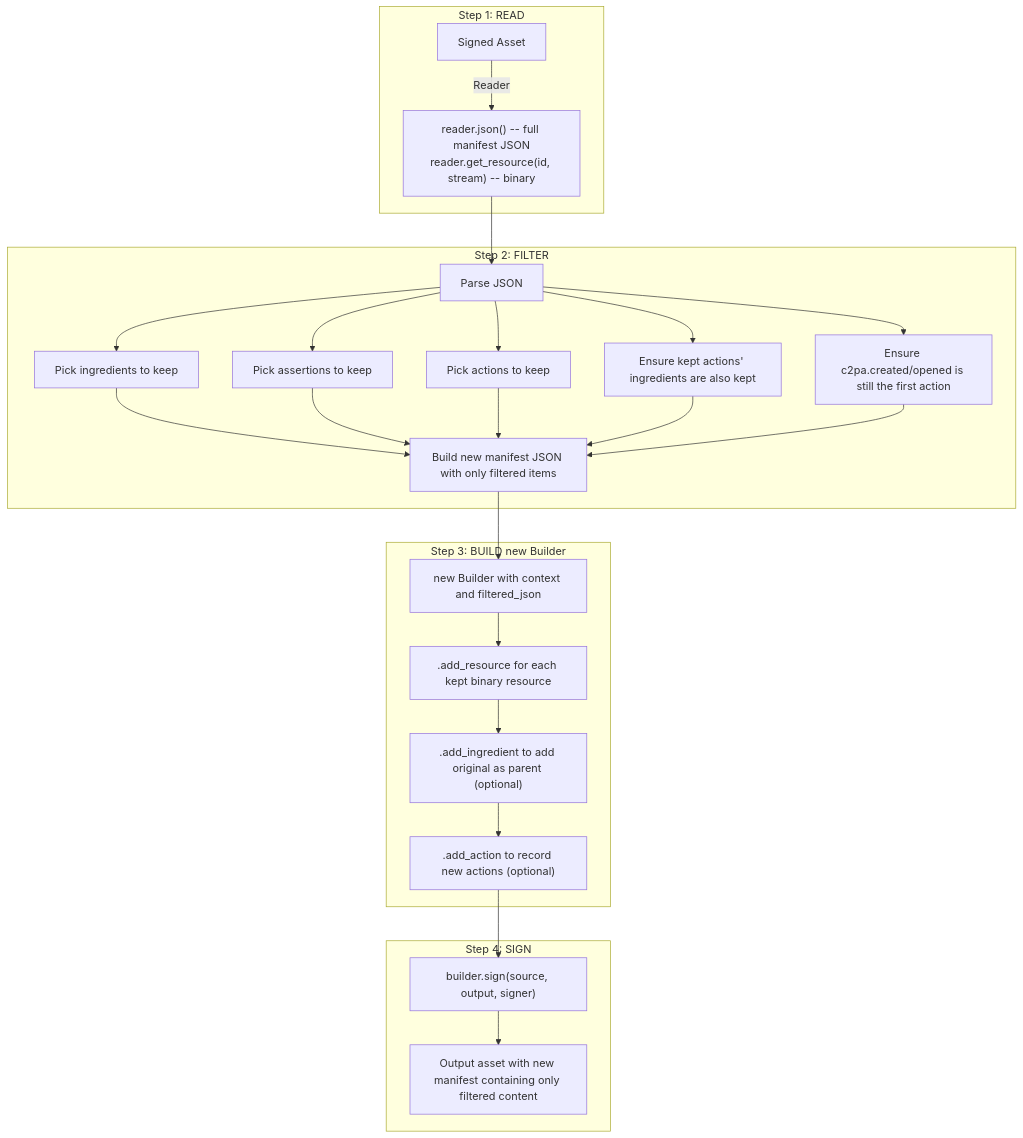
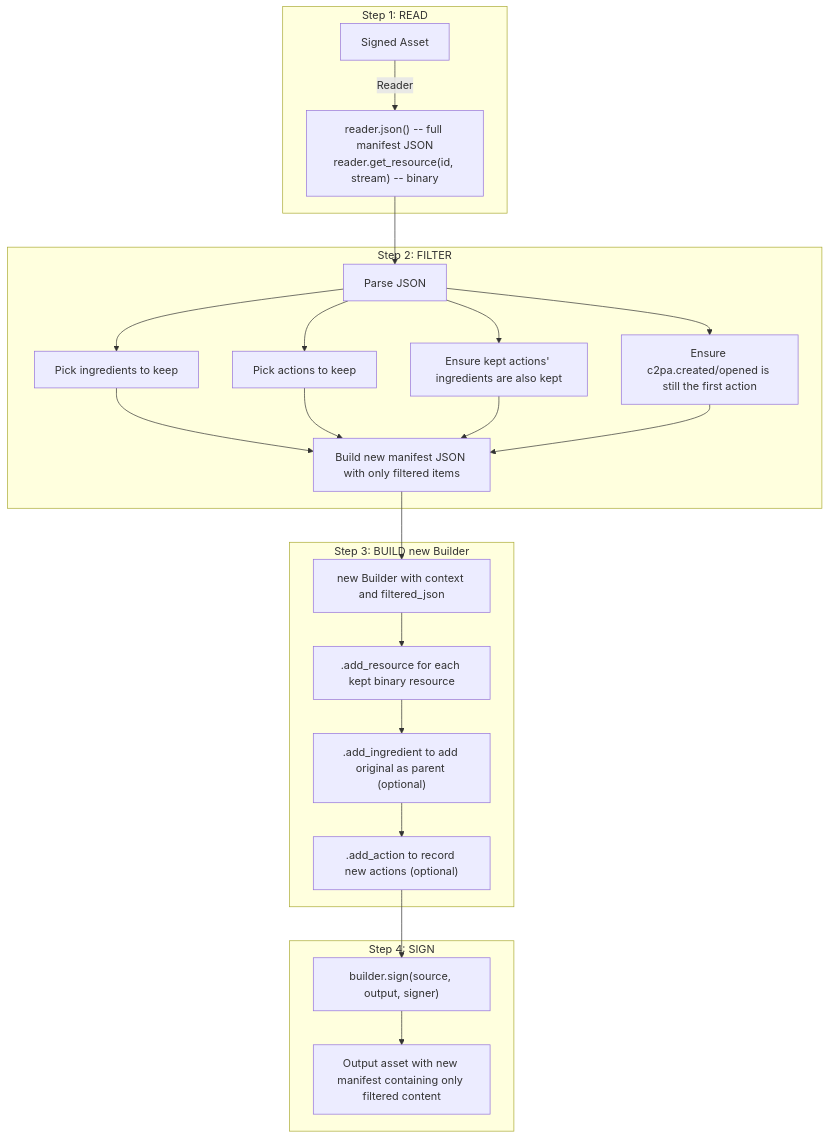
The eighth of 9 diagrams in docs/selective-manifests.md (contentauth/c2pa-c), drawn with Mermaid before and after one commit. The commit also changed other lines of this file, not shown here.

````diff
--- a/docs/selective-manifests.md
+++ b/docs/selective-manifests.md
@@ -1046,28 +1051,27 @@
 ```mermaid
 flowchart TD
     subgraph Step1["Step 1: READ"]
         SA[Signed Asset] -->|Reader| RD["reader.json() -- full manifest JSON\nreader.get_resource(id, stream) -- binary"]
     end
 
     subgraph Step2["Step 2: FILTER"]
         RD --> FI[Parse JSON]
         FI --> F1[Pick ingredients to keep]
-        FI --> F2[Pick assertions to keep]
         FI --> F3[Pick actions to keep]
         FI --> F4[Ensure kept actions' ingredients are also kept]
         FI --> F5["Ensure c2pa.created/opened is still the first action"]
-        F1 & F2 & F3 & F4 & F5 --> FM[Build new manifest JSON with only filtered items]
+        F1 & F3 & F4 & F5 --> FM[Build new manifest JSON with only filtered items]
     end
 
     subgraph Step3["Step 3: BUILD new Builder"]
         FM --> BLD["new Builder with context and filtered_json"]
         BLD --> AR[".add_resource for each kept binary resource"]
         AR --> AI[".add_ingredient to add original as parent (optional)"]
         AI --> AA[".add_action to record new actions (optional)"]
     end
 
     subgraph Step4["Step 4: SIGN"]
         AA --> SIGN["builder.sign(source, output, signer)"]
         SIGN --> OUT[Output asset with new manifest containing only filtered content]
     end
 ```
````
